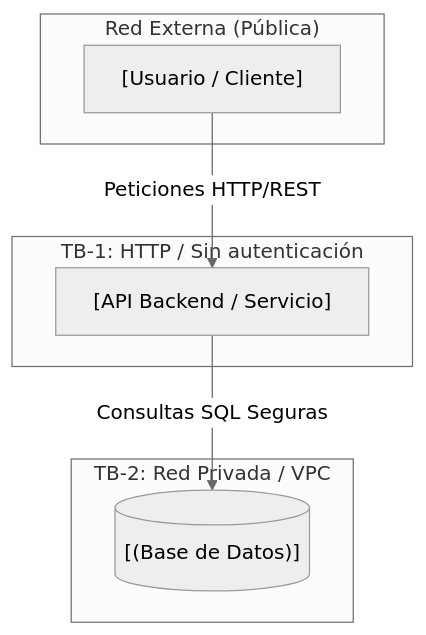
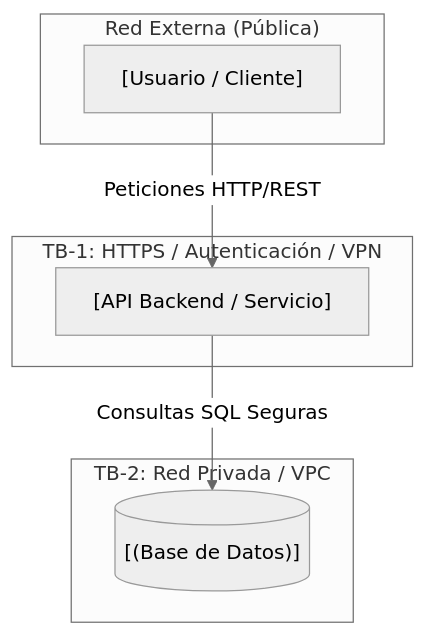
Before and after one commit to DonovanHernandezICS/DevSecOps: the diagram in THREAT_MODEL.md, drawn with Mermaid (neutral theme).

Commit message:
Seguridad a THREAT_MODEL.md

````diff
--- a/THREAT_MODEL.md
+++ b/THREAT_MODEL.md
@@ -15,17 +15,17 @@
 ```mermaid
 graph TD
     subgraph Red_Externa ["Red Externa (Pública)"]
         User["[Usuario / Cliente]"]
     end
 
-    subgraph Frontera_1 ["TB-1: HTTP / Sin autenticación"]
+    subgraph Frontera_1 ["TB-1: HTTPS / Autenticación / VPN"]
         API["[API Backend / Servicio]"]
     end
 
     subgraph Frontera_2 ["TB-2: Red Privada / VPC"]
         DB[("[(Base de Datos)]")]
     end
 
     User -->|Peticiones HTTP/REST| API
     API -->|Consultas SQL Seguras| DB
 ```
````
